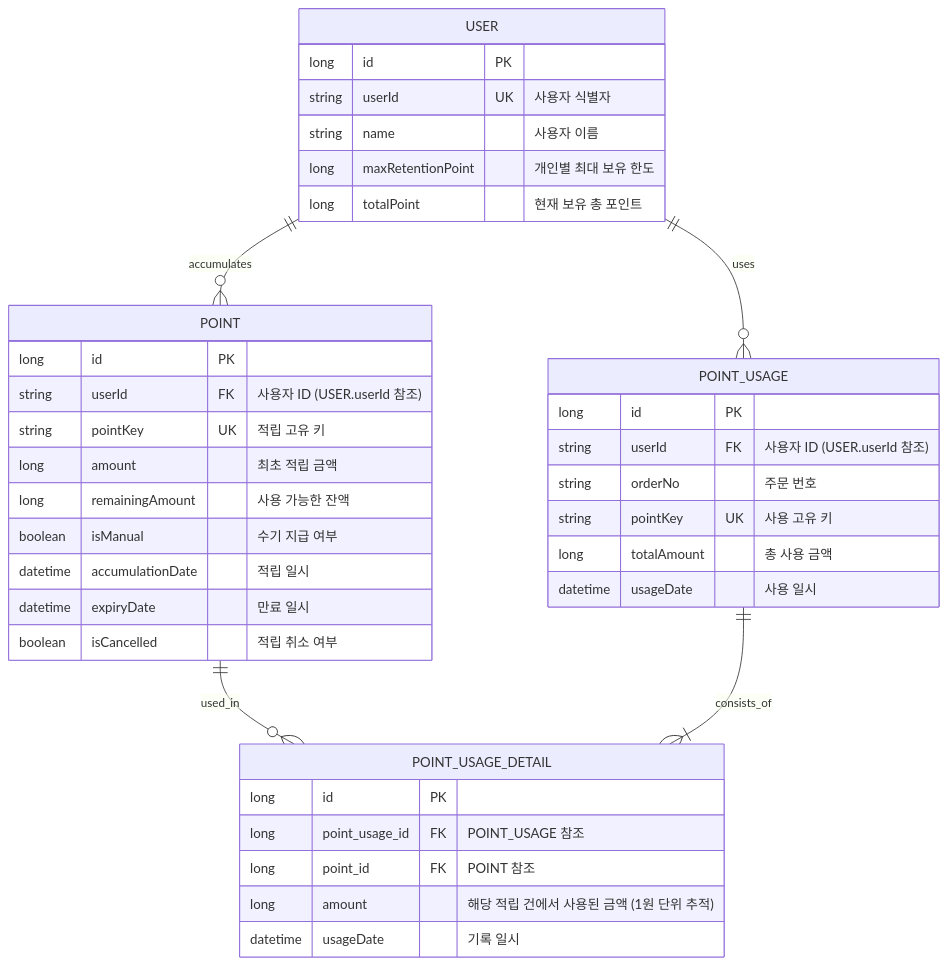
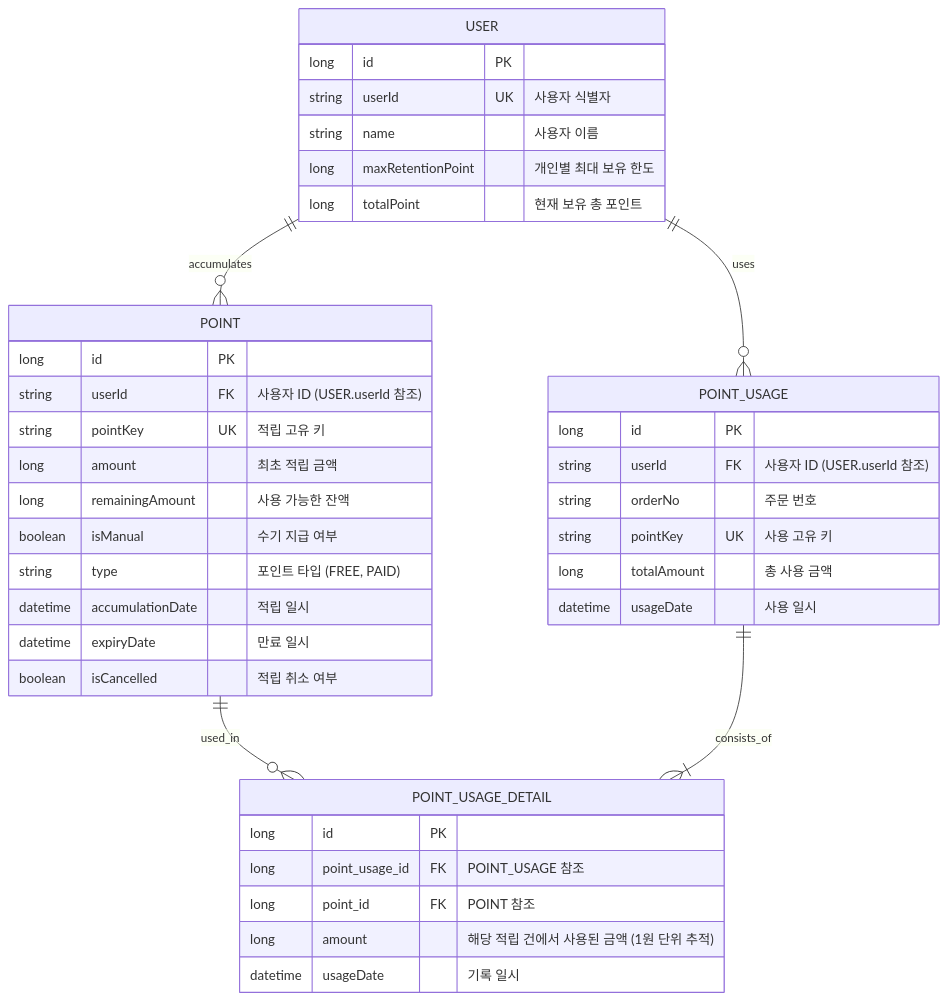
The diagram in docs/erd.md (muzzaiwork/point), drawn with Mermaid before and after one commit. The commit also changed other lines of this file and 7 other files, not shown here.

Commit message:
Add PointType (FREE/PAID) to Point entity and update related layers

````diff
--- a/docs/erd.md
+++ b/docs/erd.md
@@ -5,44 +5,45 @@
 ```mermaid
 erDiagram
     USER ||--o{ POINT : "accumulates"
     USER ||--o{ POINT_USAGE : "uses"
     POINT ||--o{ POINT_USAGE_DETAIL : "used_in"
     POINT_USAGE ||--|{ POINT_USAGE_DETAIL : "consists_of"
 
     USER {
         long id PK
         string userId UK "사용자 식별자"
         string name "사용자 이름"
         long maxRetentionPoint "개인별 최대 보유 한도"
         long totalPoint "현재 보유 총 포인트"
     }
 
     POINT {
         long id PK
         string userId FK "사용자 ID (USER.userId 참조)"
         string pointKey UK "적립 고유 키"
         long amount "최초 적립 금액"
         long remainingAmount "사용 가능한 잔액"
         boolean isManual "수기 지급 여부"
+        string type "포인트 타입 (FREE, PAID)"
         datetime accumulationDate "적립 일시"
         datetime expiryDate "만료 일시"
         boolean isCancelled "적립 취소 여부"
     }
 
     POINT_USAGE {
         long id PK
         string userId FK "사용자 ID (USER.userId 참조)"
         string orderNo "주문 번호"
         string pointKey UK "사용 고유 키"
         long totalAmount "총 사용 금액"
         datetime usageDate "사용 일시"
     }
 
     POINT_USAGE_DETAIL {
         long id PK
         long point_usage_id FK "POINT_USAGE 참조"
         long point_id FK "POINT 참조"
         long amount "해당 적립 건에서 사용된 금액 (1원 단위 추적)"
         datetime usageDate "기록 일시"
     }
 ```
````
